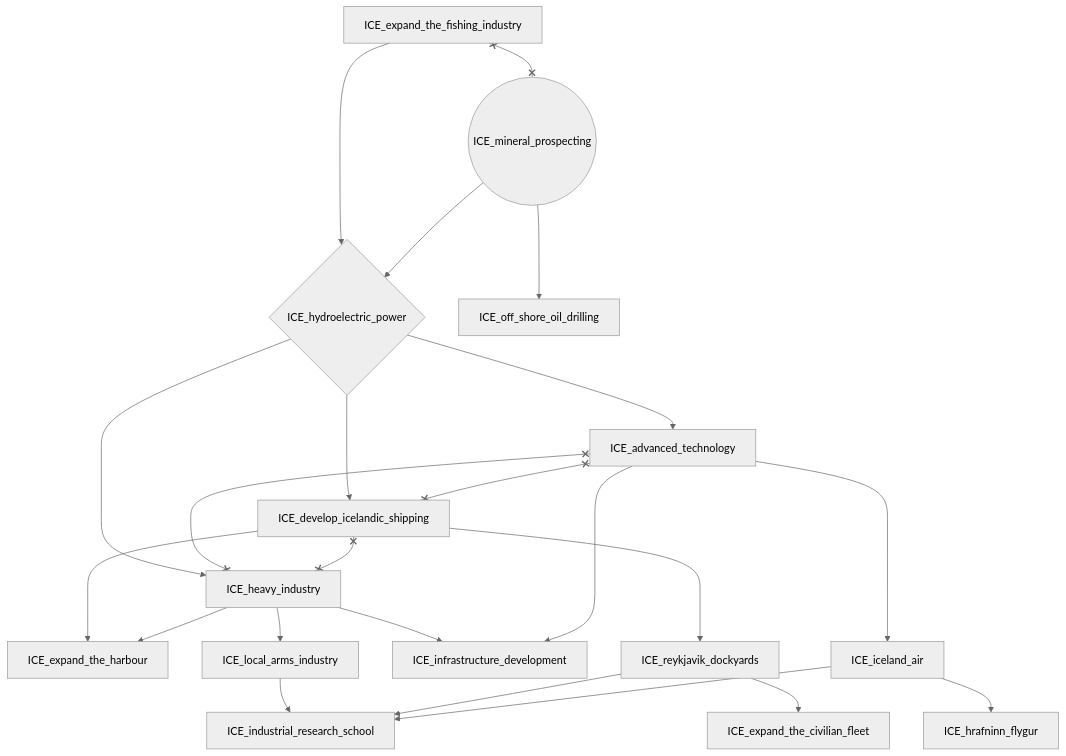
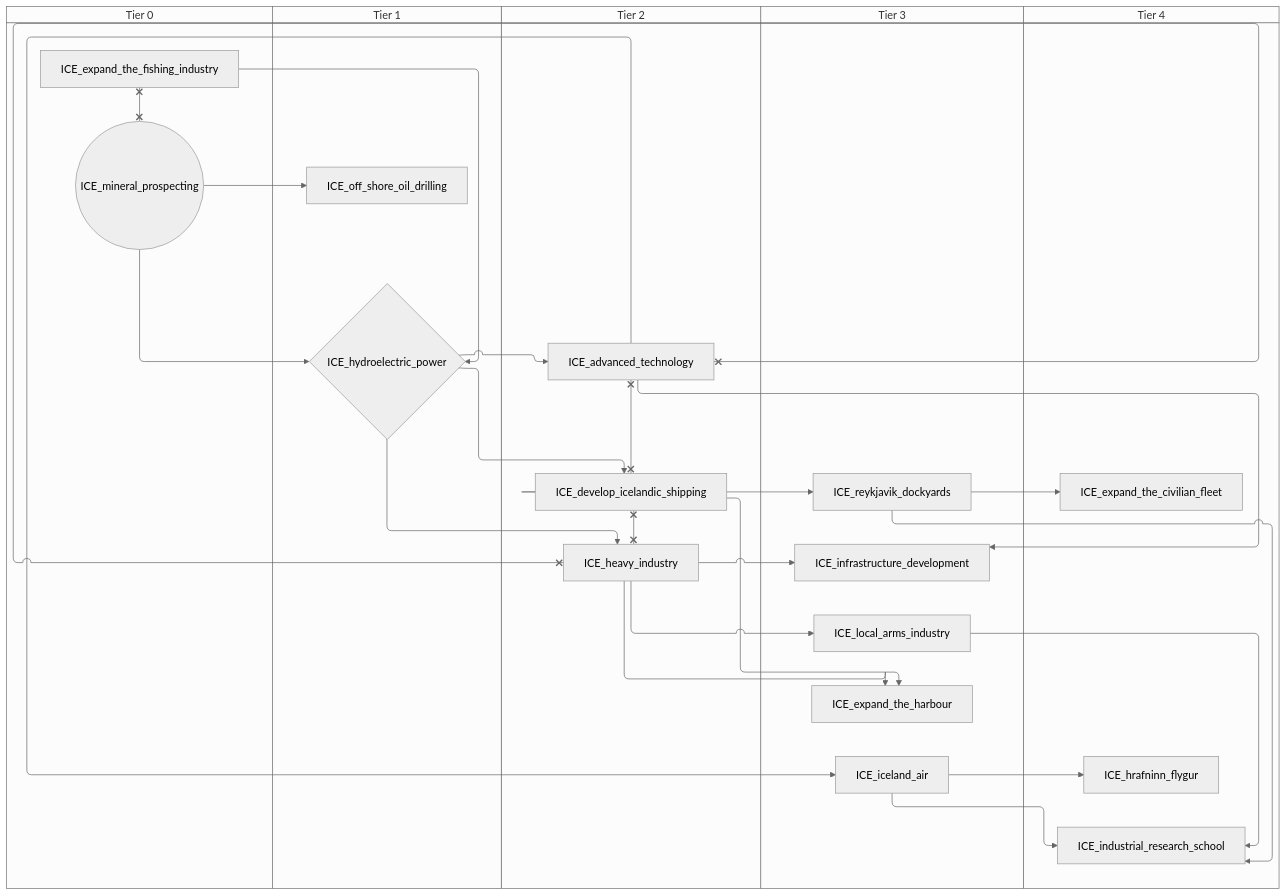
One commit to evgeny-sobol/hoi4-sandbox-mode changed the third of 6 diagrams in docs/gdd/National Focuses/iceland.md. Above: the diagram before and after it, drawn with Mermaid (neutral theme). The commit also changed other lines of this file and 80 other files, not shown here.

First line of the commit message:
Add swimlane mode to focus graph exporter

````diff
--- a/docs/gdd/National Focuses/iceland.md
+++ b/docs/gdd/National Focuses/iceland.md
@@ -57,40 +73,50 @@
 ```mermaid
-flowchart TD
-    n1["ICE_advanced_technology"]
-    n3["ICE_develop_icelandic_shipping"]
-    n4["ICE_expand_the_civilian_fleet"]
-    n5["ICE_expand_the_fishing_industry"]
-    n6["ICE_expand_the_harbour"]
-    n7["ICE_heavy_industry"]
-    n8["ICE_hrafninn_flygur"]
-    n9{"ICE_hydroelectric_power"}
-    n10["ICE_iceland_air"]
-    n11["ICE_industrial_research_school"]
-    n12["ICE_infrastructure_development"]
-    n13["ICE_local_arms_industry"]
-    n14(("ICE_mineral_prospecting"))
-    n19["ICE_off_shore_oil_drilling"]
-    n15["ICE_reykjavik_dockyards"]
-    n9 --> n1
-    n9 --> n3
-    n15 --> n4
-    n3 --> n6
-    n7 --> n6
-    n9 --> n7
-    n10 --> n8
+swimlane-beta TD
+    subgraph tier_0["Tier 0"]
+        n1["ICE_expand_the_fishing_industry"]
+        n2(("ICE_mineral_prospecting"))
+    end
+    subgraph tier_1["Tier 1"]
+        n4{"ICE_hydroelectric_power"}
+        n19["ICE_off_shore_oil_drilling"]
+    end
+    subgraph tier_2["Tier 2"]
+        n5["ICE_advanced_technology"]
+        n6["ICE_develop_icelandic_shipping"]
+        n7["ICE_heavy_industry"]
+    end
+    subgraph tier_3["Tier 3"]
+        n8["ICE_expand_the_harbour"]
+        n9["ICE_iceland_air"]
+        n10["ICE_infrastructure_development"]
+        n11["ICE_local_arms_industry"]
+        n12["ICE_reykjavik_dockyards"]
+    end
+    subgraph tier_4["Tier 4"]
+        n13["ICE_expand_the_civilian_fleet"]
+        n14["ICE_hrafninn_flygur"]
+        n15["ICE_industrial_research_school"]
+    end
+    n4 --> n5
+    n4 --> n6
+    n12 --> n13
+    n6 --> n8
+    n7 --> n8
+    n4 --> n7
+    n9 --> n14
+    n1 --> n4
+    n2 --> n4
     n5 --> n9
-    n14 --> n9
-    n1 --> n10
-    n13 --> n11
-    n15 --> n11
-    n10 --> n11
-    n7 --> n12
-    n1 --> n12
-    n7 --> n13
-    n14 --> n19
-    n3 --> n15
-    n1 x--x n3
-    n1 x--x n7
-    n3 x--x n7
-    n5 x--x n14
+    n11 --> n15
+    n12 --> n15
+    n9 --> n15
+    n7 --> n10
+    n5 --> n10
+    n7 --> n11
+    n2 --> n19
+    n6 --> n12
+    n5 x--x n6
+    n5 x--x n7
+    n6 x--x n7
+    n1 x--x n2
 ```
````
